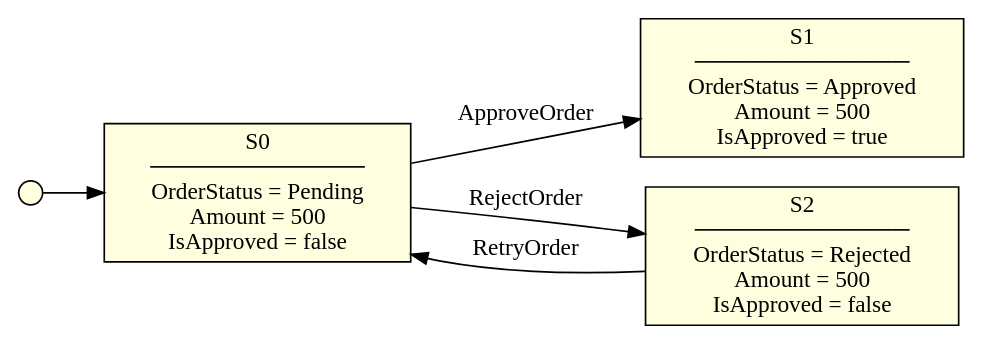
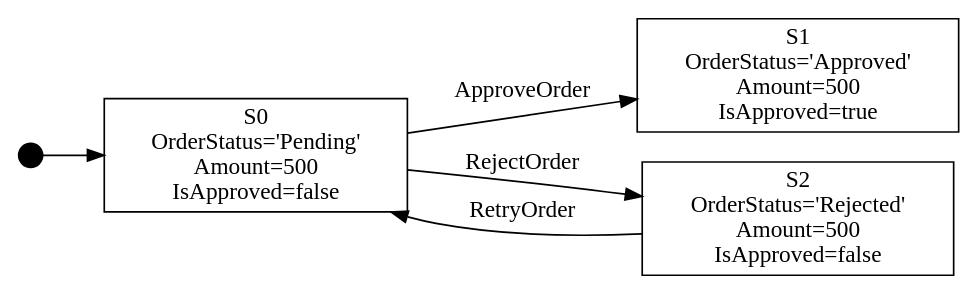
The first of 4 diagrams in docs/architecture/export-formats.md (WayneMRoseberry/statemaker), drawn with Graphviz before and after one commit. The commit also changed other lines of this file and 6 other files, not shown here.

Commit message:
Sync architecture docs with current codebase implementation

````diff
--- a/docs/architecture/export-formats.md
+++ b/docs/architecture/export-formats.md
@@ -114,20 +114,14 @@
 ```dot
 digraph StateMachine {
     rankdir=LR;
-    node [shape=box, style=filled, fillcolor=lightyellow];
-
-    // States
-    S0 [label="S0\n─────────────\nOrderStatus = Pending\nAmount = 500\nIsApproved = false"];
-    S1 [label="S1\n─────────────\nOrderStatus = Approved\nAmount = 500\nIsApproved = true"];
-    S2 [label="S2\n─────────────\nOrderStatus = Rejected\nAmount = 500\nIsApproved = false"];
-
-    // Starting state indicator
-    start [shape=point, width=0.2];
-    start -> S0;
-
-    // Transitions
-    S0 -> S1 [label="ApproveOrder"];
-    S0 -> S2 [label="RejectOrder"];
-    S2 -> S0 [label="RetryOrder"];
+    node [shape=box];
+    __start [shape=point, width=0.2, label=""];
+    __start -> "S0";
+    "S0" [label="S0\nOrderStatus='Pending'\nAmount=500\nIsApproved=false"];
+    "S1" [label="S1\nOrderStatus='Approved'\nAmount=500\nIsApproved=true"];
+    "S2" [label="S2\nOrderStatus='Rejected'\nAmount=500\nIsApproved=false"];
+    "S0" -> "S1" [label="ApproveOrder"];
+    "S0" -> "S2" [label="RejectOrder"];
+    "S2" -> "S0" [label="RetryOrder"];
 }
 ```
````
